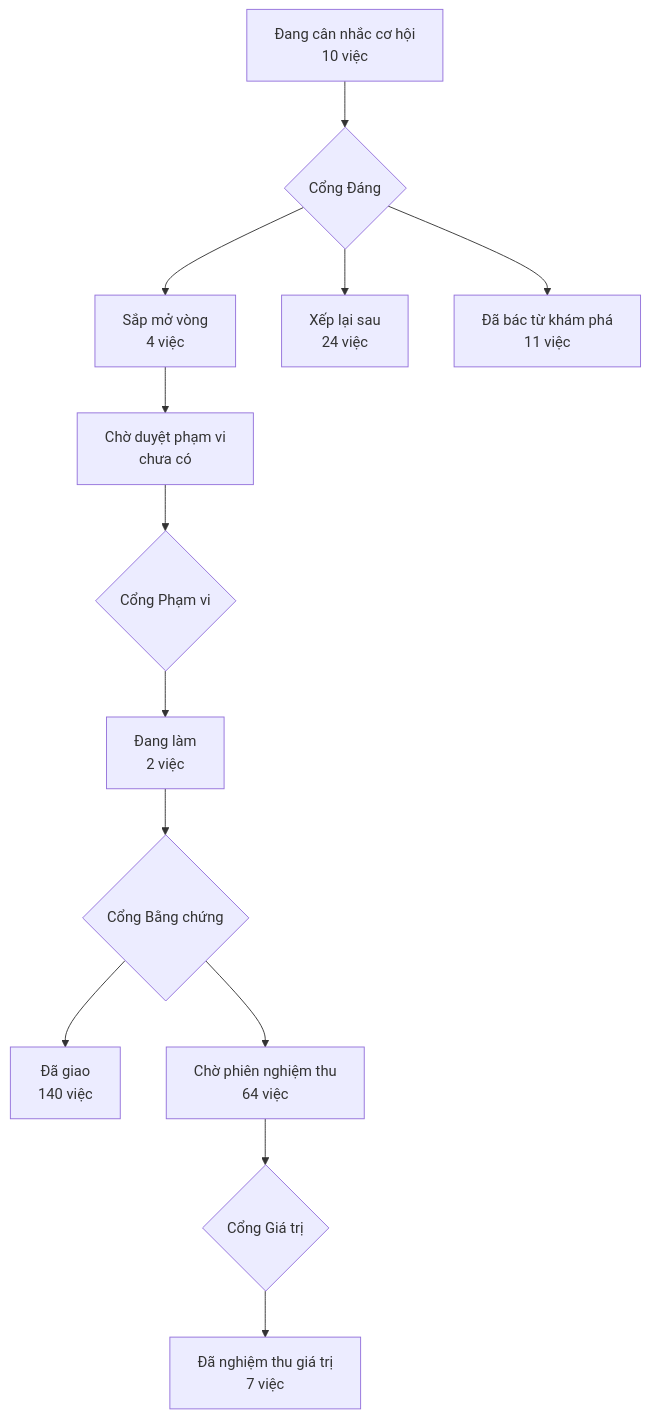
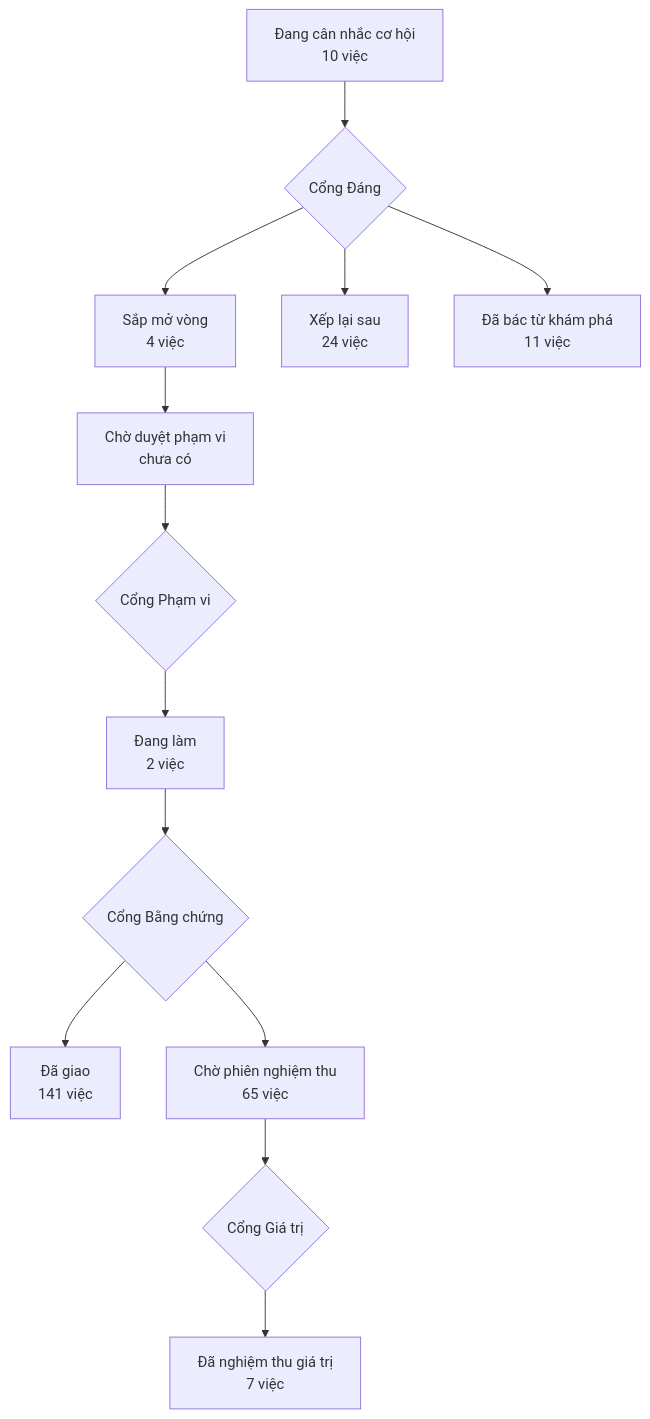
Before and after one commit to phanlemanh/acceptance-gate-kit: the diagram in PRODUCT-MAP.md, drawn with Mermaid. The commit also changed other lines of this file and 1 other file, not shown here.

Commit message:
chi-tep-vat-keo-xet-lai: vẽ lại bản đồ sau gộp main 3b232f08

````diff
--- a/PRODUCT-MAP.md
+++ b/PRODUCT-MAP.md
@@ -7,12 +7,12 @@
 ```mermaid
 flowchart TD
   A["Đang cân nhắc cơ hội<br/>10 việc"] --> GD{"Cổng Đáng"}
   GD --> B["Sắp mở vòng<br/>4 việc"]
   GD --> XL["Xếp lại sau<br/>24 việc"]
   GD --> DB["Đã bác từ khám phá<br/>11 việc"]
   B --> CD["Chờ duyệt phạm vi<br/>chưa có"] --> GP{"Cổng Phạm vi"}
   GP --> DL["Đang làm<br/>2 việc"] --> GB{"Cổng Bằng chứng"}
-  GB --> DG["Đã giao<br/>140 việc"]
-  GB --> CN["Chờ phiên nghiệm thu<br/>64 việc"] --> GG{"Cổng Giá trị"}
+  GB --> DG["Đã giao<br/>141 việc"]
+  GB --> CN["Chờ phiên nghiệm thu<br/>65 việc"] --> GG{"Cổng Giá trị"}
   GG --> NT["Đã nghiệm thu giá trị<br/>7 việc"]
 ```
````
